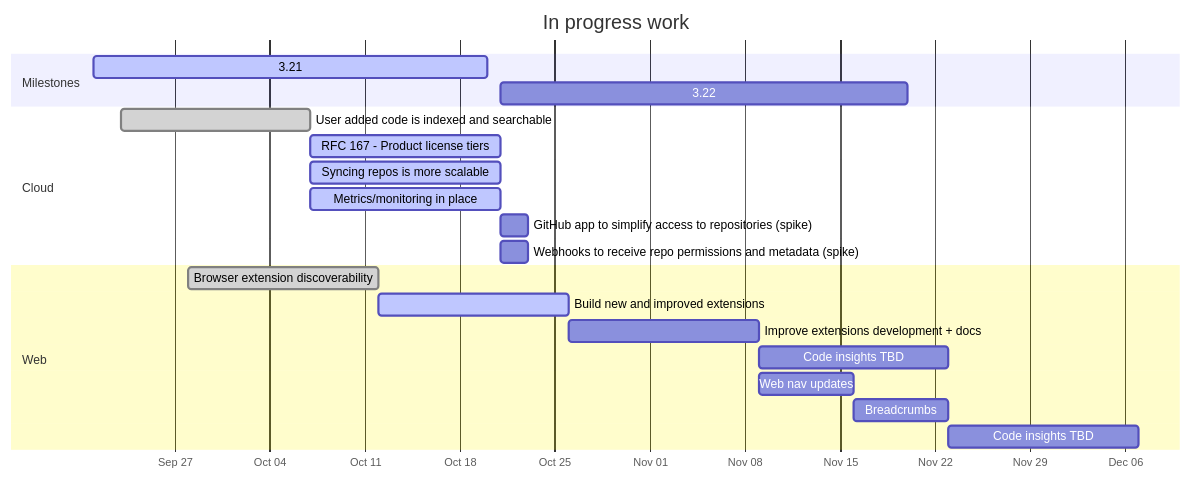
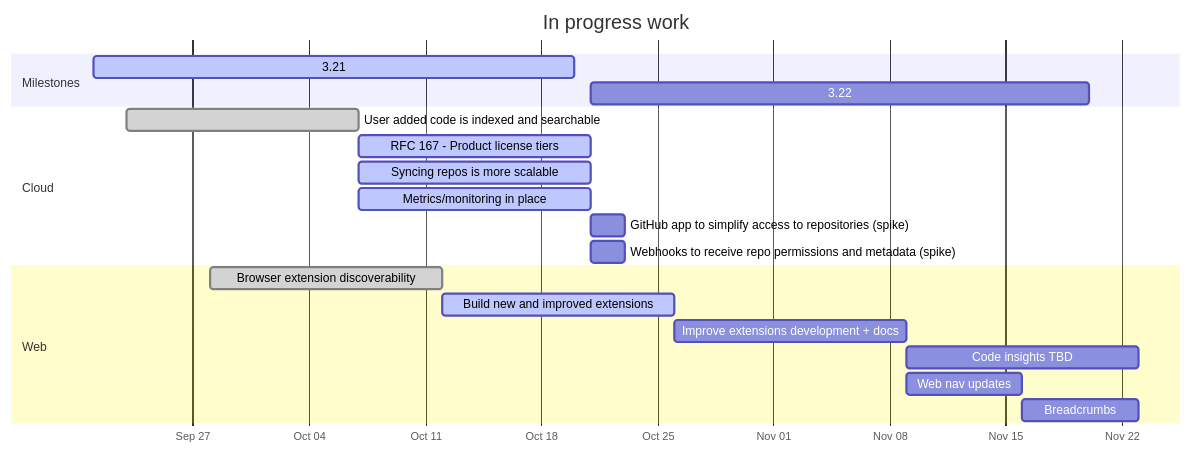
One commit to sourcegraph/about changed the diagram in handbook/product/roadmap.md. Above: the diagram before and after it, drawn with Mermaid.

Commit message:
removed final code insights TBD since date and split is not clear yet

```diff
--- a/handbook/product/roadmap.md
+++ b/handbook/product/roadmap.md
@@ -7,37 +7,35 @@
 <pre class="mermaid" data-rendered-width="150%" data-scroll-right="50%">
 gantt
     title In progress work
     dateFormat YYYY-MM-DD
     axisFormat %b %d
 
 section Milestones
     3.21 :active, release-3.21, 2020-09-21, 2020-10-20
     3.22 :        release-3.22, 2020-10-21, 2020-11-20
 
 %% section Campaigns
 %%     TO DO :active, after release-3.21, 30d
 
 section Cloud
     User added code is indexed and searchable                 :done,   2020-09-23, 2020-10-07
     RFC 167 - Product license tiers                           :active, 2020-10-07, 14d
     Syncing repos is more scalable                            :active, 2020-10-07, 14d
     Metrics/monitoring in place                               :active, 2020-10-07, 14d
     GitHub app to simplify access to repositories (spike)     :        2020-10-21, 2d
     Webhooks to receive repo permissions and metadata (spike) :        2020-10-21, 2d
 
 %% section Code intel
 %%     TO DO :active, after release-3.21, 30d
 
 section Web
     Browser extension discoverability                         :done,    2020-09-28, 14d
     Build new and improved extensions                         :active,   2020-10-12, 14d
     Improve extensions development + docs                     :         2020-10-26, 14d
     Code insights TBD                                         :         2020-11-09, 14d
     Web nav updates                                           :         2020-11-09, 7d
     Breadcrumbs                                               :         2020-11-16, 7d
-    Code insights TBD                                         :         2020-11-23, 14d
-%%     TO DO :active, after release-3.21, 30d
 
 %% section Search
 %%     TO DO :active, after release-3.21, 30d
 </pre>
```
